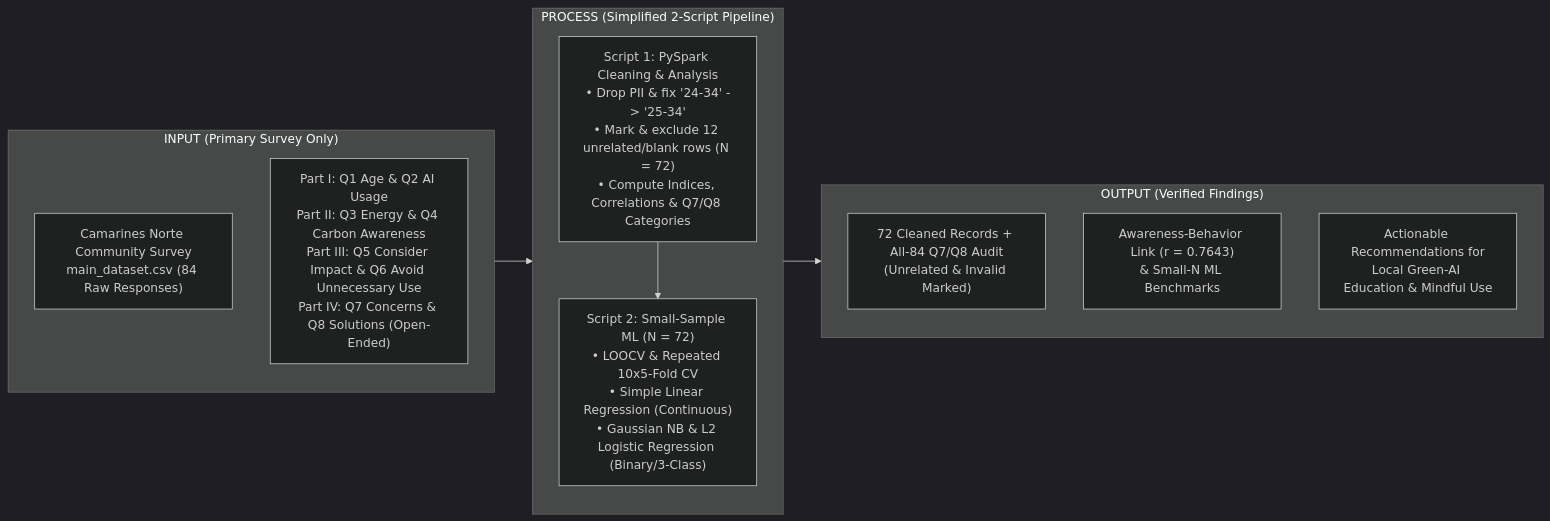
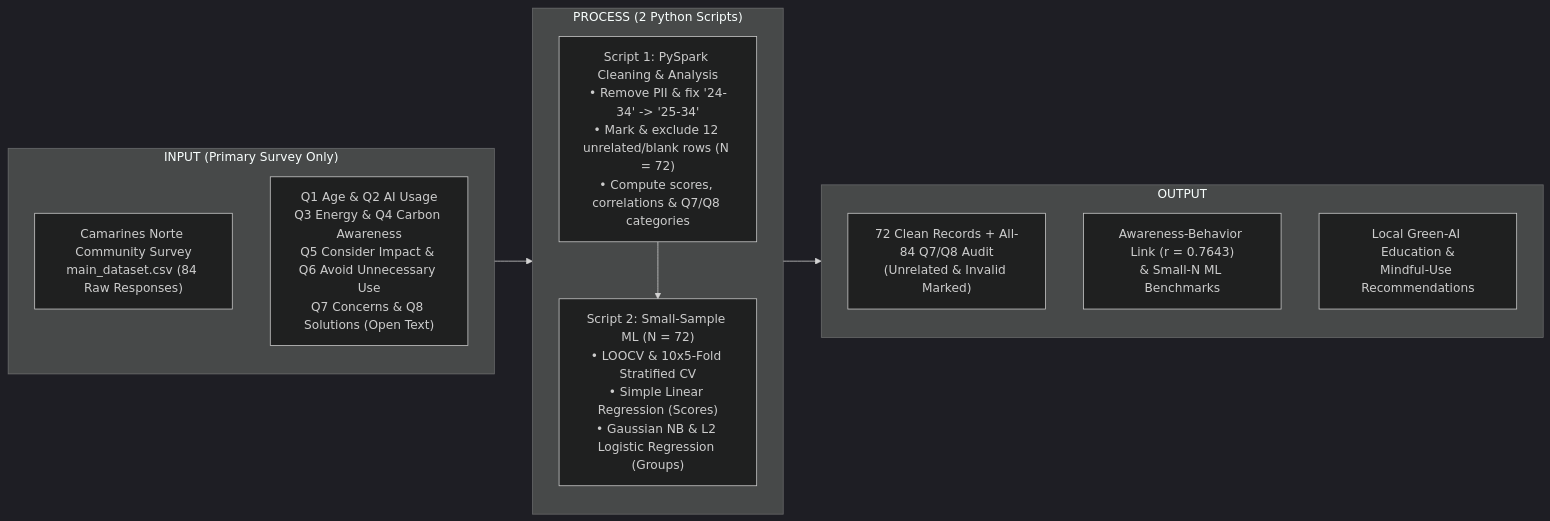
The diagram in dsa_final/docs/Chapter_1_Introduction.md (User-Suuro/dsa-repo), drawn with Mermaid (dark theme) before and after one commit. The commit also changed other lines of this file and 5 other files, not shown here.

````diff
--- a/dsa_final/docs/Chapter_1_Introduction.md
+++ b/dsa_final/docs/Chapter_1_Introduction.md
@@ -51,21 +49,21 @@
 ```mermaid
 flowchart LR
     subgraph INPUT["INPUT (Primary Survey Only)"]
         I1["Camarines Norte Community Survey\nmain_dataset.csv (84 Raw Responses)"]
-        I2["Part I: Q1 Age & Q2 AI Usage\nPart II: Q3 Energy & Q4 Carbon Awareness\nPart III: Q5 Consider Impact & Q6 Avoid Unnecessary Use\nPart IV: Q7 Concerns & Q8 Solutions (Open-Ended)"]
+        I2["Q1 Age & Q2 AI Usage\nQ3 Energy & Q4 Carbon Awareness\nQ5 Consider Impact & Q6 Avoid Unnecessary Use\nQ7 Concerns & Q8 Solutions (Open Text)"]
     end
 
-    subgraph PROCESS["PROCESS (Simplified 2-Script Pipeline)"]
-        P1["Script 1: PySpark Cleaning & Analysis\n• Drop PII & fix '24-34' -> '25-34'\n• Mark & exclude 12 unrelated/blank rows (N = 72)\n• Compute Indices, Correlations & Q7/Q8 Categories"]
-        P2["Script 2: Small-Sample ML (N = 72)\n• LOOCV & Repeated 10x5-Fold CV\n• Simple Linear Regression (Continuous)\n• Gaussian NB & L2 Logistic Regression (Binary/3-Class)"]
+    subgraph PROCESS["PROCESS (2 Python Scripts)"]
+        P1["Script 1: PySpark Cleaning & Analysis\n• Remove PII & fix '24-34' -> '25-34'\n• Mark & exclude 12 unrelated/blank rows (N = 72)\n• Compute scores, correlations & Q7/Q8 categories"]
+        P2["Script 2: Small-Sample ML (N = 72)\n• LOOCV & 10x5-Fold Stratified CV\n• Simple Linear Regression (Scores)\n• Gaussian NB & L2 Logistic Regression (Groups)"]
         P1 --> P2
     end
 
-    subgraph OUTPUT["OUTPUT (Verified Findings)"]
-        O1["72 Cleaned Records + All-84 Q7/Q8 Audit\n(Unrelated & Invalid Marked)"]
+    subgraph OUTPUT["OUTPUT"]
+        O1["72 Clean Records + All-84 Q7/Q8 Audit\n(Unrelated & Invalid Marked)"]
         O2["Awareness-Behavior Link (r = 0.7643)\n& Small-N ML Benchmarks"]
-        O3["Actionable Recommendations for\nLocal Green-AI Education & Mindful Use"]
+        O3["Local Green-AI Education &\nMindful-Use Recommendations"]
     end
 
     INPUT --> PROCESS --> OUTPUT
 ```
````
